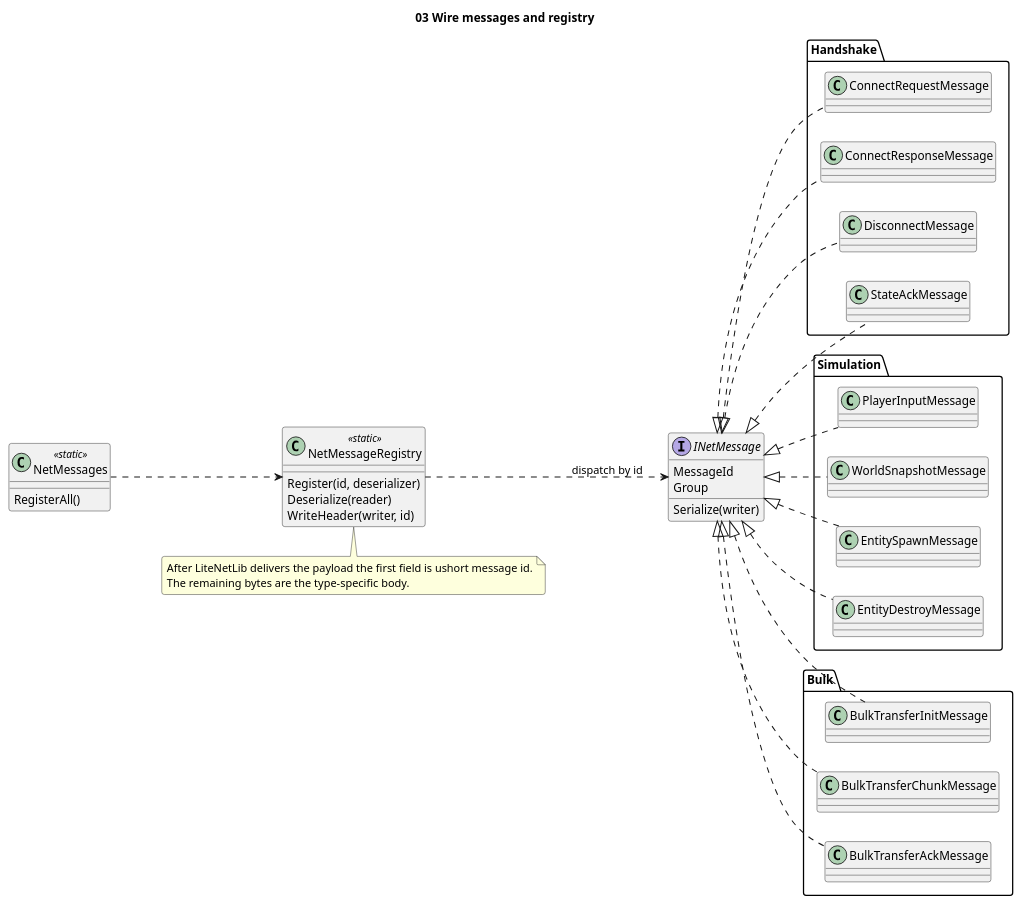
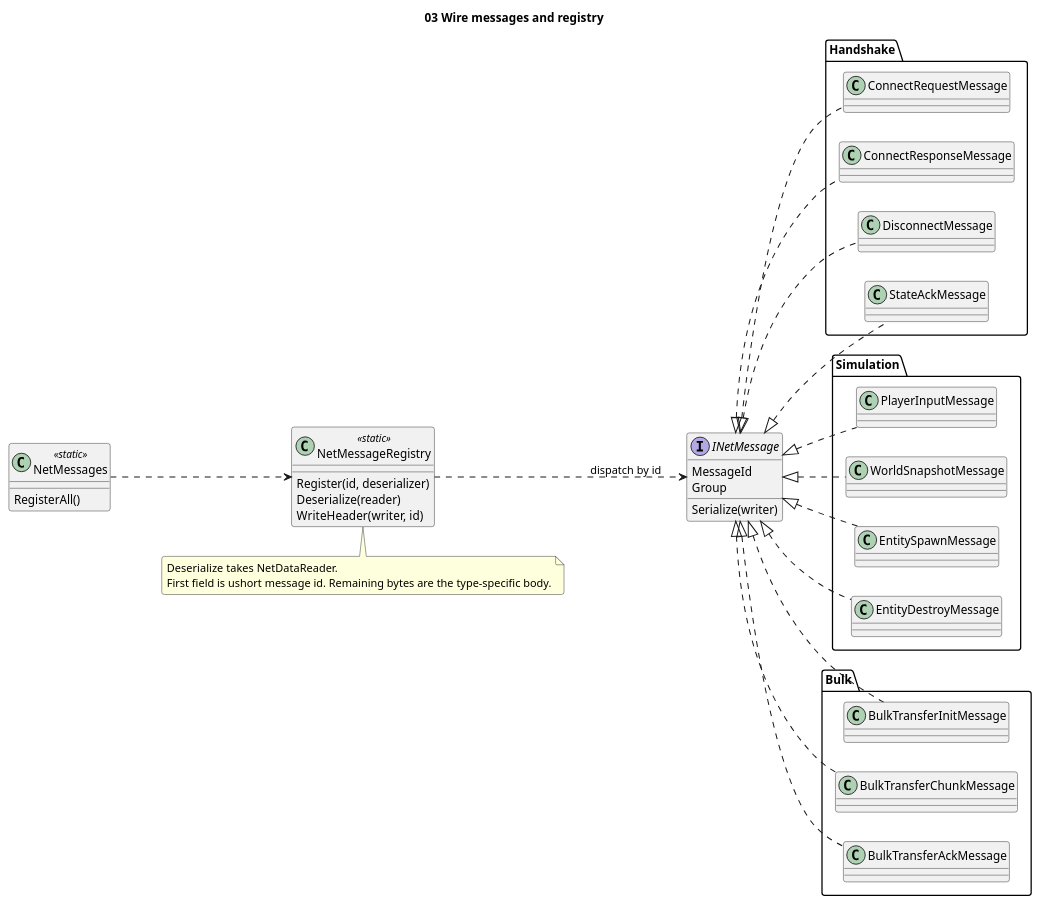
The diagram in docs/net/03-messages-and-registry.puml (Rinzii/RexEngine), drawn with PlantUML before and after one commit. The commit also changed 8 other files, not shown here.

Commit message:
Update diagrams to match changes made for unit tests

```diff
--- a/docs/net/03-messages-and-registry.puml
+++ b/docs/net/03-messages-and-registry.puml
@@ -1,68 +1,68 @@
 @startuml 03-messages-and-registry
 
 title 03 Wire messages and registry
 
 skinparam shadowing false
 skinparam roundcorner 6
 skinparam classAttributeIconSize 0
 skinparam ArrowThickness 1.2
 
 left to right direction
 
 interface INetMessage {
   MessageId
   Group
   Serialize(writer)
 }
 
 class NetMessageRegistry <<static>> {
   Register(id, deserializer)
   Deserialize(reader)
   WriteHeader(writer, id)
 }
 
 class NetMessages <<static>> {
   RegisterAll()
 }
 
 package "Handshake" {
   class ConnectRequestMessage
   class ConnectResponseMessage
   class DisconnectMessage
   class StateAckMessage
 }
 
 package "Simulation" {
   class PlayerInputMessage
   class WorldSnapshotMessage
   class EntitySpawnMessage
   class EntityDestroyMessage
 }
 
 package "Bulk" {
   class BulkTransferInitMessage
   class BulkTransferChunkMessage
   class BulkTransferAckMessage
 }
 
 INetMessage <|.. ConnectRequestMessage
 INetMessage <|.. ConnectResponseMessage
 INetMessage <|.. DisconnectMessage
 INetMessage <|.. StateAckMessage
 INetMessage <|.. PlayerInputMessage
 INetMessage <|.. WorldSnapshotMessage
 INetMessage <|.. EntitySpawnMessage
 INetMessage <|.. EntityDestroyMessage
 INetMessage <|.. BulkTransferInitMessage
 INetMessage <|.. BulkTransferChunkMessage
 INetMessage <|.. BulkTransferAckMessage
 
 NetMessages ..> NetMessageRegistry
 NetMessageRegistry ..> INetMessage : dispatch by id
 
 note bottom of NetMessageRegistry
-  After LiteNetLib delivers the payload the first field is ushort message id.
-  The remaining bytes are the type-specific body.
+  Deserialize takes NetDataReader.
+  First field is ushort message id. Remaining bytes are the type-specific body.
 end note
 
 @enduml
```
